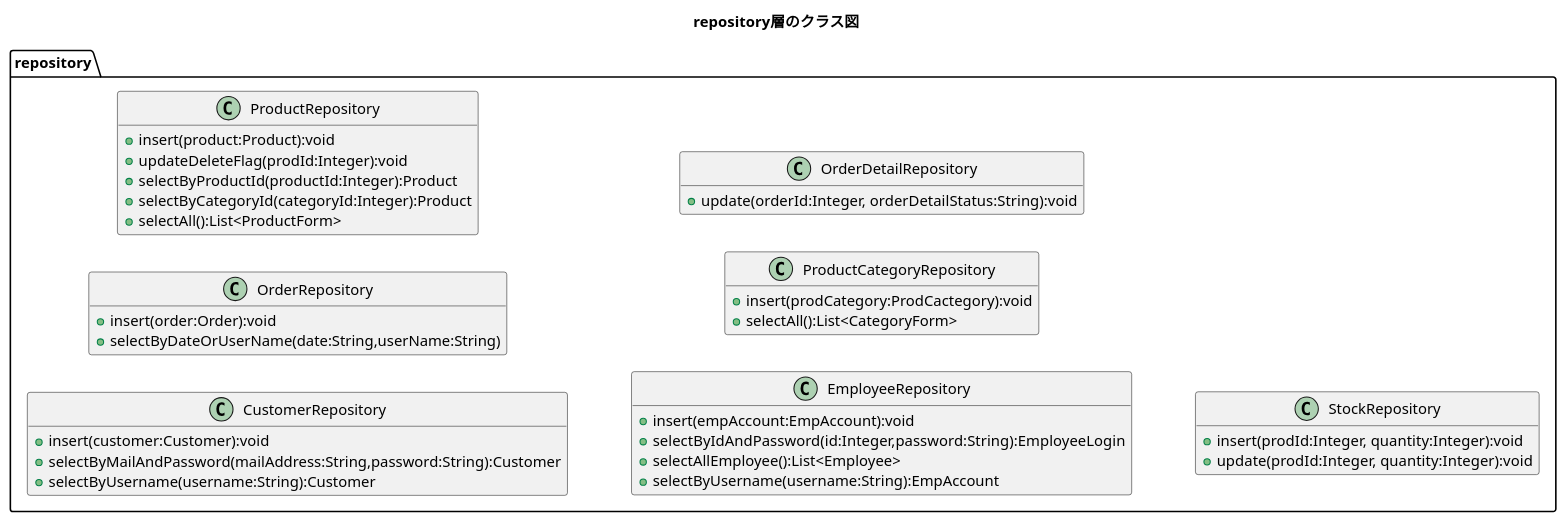
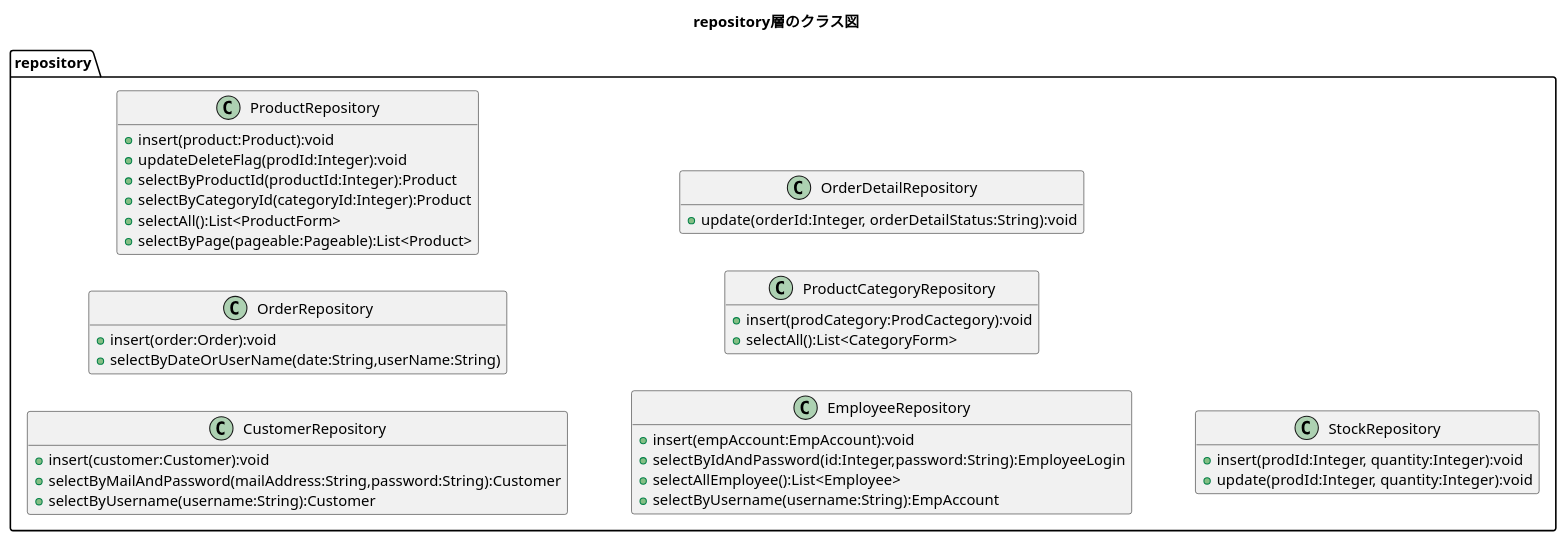
Before and after one commit to kanavii3333/ec-b: the diagram in plan/uml/class/repository.plantuml, drawn with PlantUML. The commit also changed 1 other file, not shown here.

Commit message:
controller.repository plantuml

```diff
--- a/plan/uml/class/repository.plantuml
+++ b/plan/uml/class/repository.plantuml
@@ -1,46 +1,47 @@
 @startuml
 title repository層のクラス図
 hide empty members
 left to right direction
 
 package repository{
     class CustomerRepository{
         +insert(customer:Customer):void
         +selectByMailAndPassword(mailAddress:String,password:String):Customer
         +selectByUsername(username:String):Customer
     }
 
     class OrderRepository{
         +insert(order:Order):void
         +selectByDateOrUserName(date:String,userName:String)
     }
 
     class ProductRepository{
         +insert(product:Product):void
 		+updateDeleteFlag(prodId:Integer):void
         +selectByProductId(productId:Integer):Product
         +selectByCategoryId(categoryId:Integer):Product
-        +selectAll():List<ProductForm>    
+        +selectAll():List<ProductForm>
+        +selectByPage(pageable:Pageable):List<Product>   
     }
 
     class EmployeeRepository{
         +insert(empAccount:EmpAccount):void
         +selectByIdAndPassword(id:Integer,password:String):EmployeeLogin
         +selectAllEmployee():List<Employee>
         +selectByUsername(username:String):EmpAccount
     }
 
     class ProductCategoryRepository{
         +insert(prodCategory:ProdCactegory):void
         +selectAll():List<CategoryForm>
     }
 
     class OrderDetailRepository{
         +update(orderId:Integer, orderDetailStatus:String):void
     }
     
     class StockRepository{
     	+insert(prodId:Integer, quantity:Integer):void
     	+update(prodId:Integer, quantity:Integer):void
 	}
 @enduml
```
